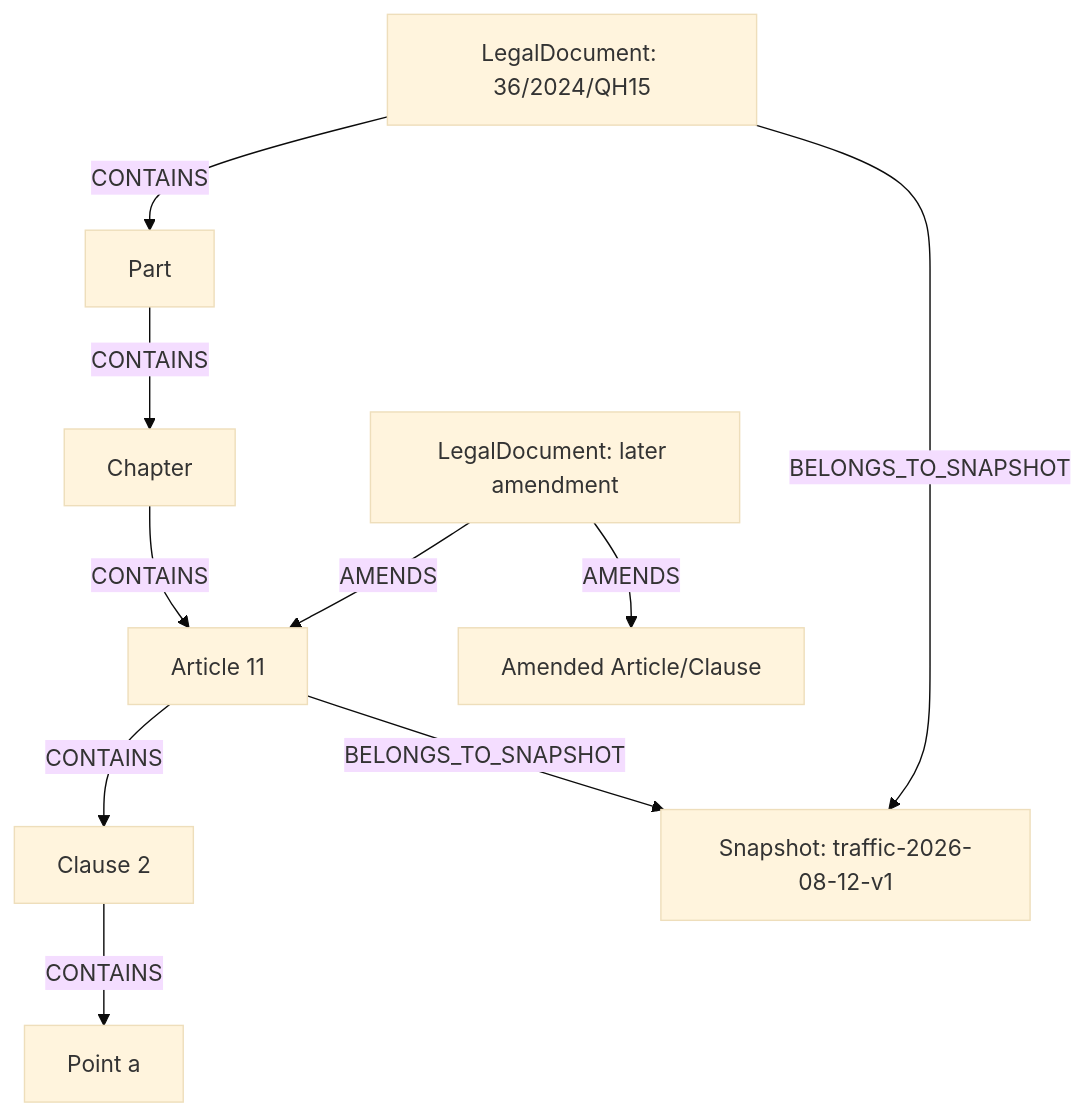
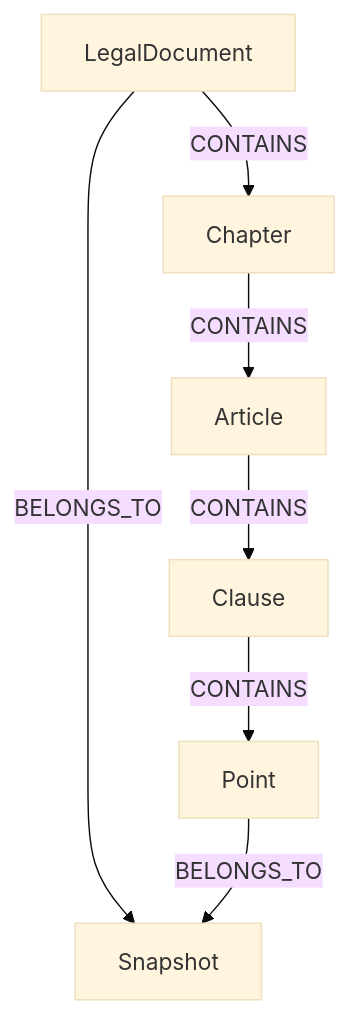
The diagram in docs/04-knowledge-graph-model.md (hungle123-dev/vietnamese-traffic-law-rag), drawn with Mermaid (base theme) before and after one commit. The commit also changed other lines of this file and 44 other files, not shown here.

Commit message:
docs: finalize traffic law GraphRAG blueprint

````diff
--- a/docs/04-knowledge-graph-model.md
+++ b/docs/04-knowledge-graph-model.md
@@ -83,22 +70,16 @@
 ```mermaid
 graph TD
-    D1[LegalDocument: 36/2024/QH15]
-    P1[Part]
-    C1[Chapter]
-    A1[Article 11]
-    K1[Clause 2]
-    I1[Point a]
-    D2[LegalDocument: later amendment]
-    A2[Amended Article/Clause]
-    S[Snapshot: traffic-2026-08-12-v1]
+    D[LegalDocument]
+    C[Chapter]
+    A[Article]
+    K[Clause]
+    P[Point]
+    S[Snapshot]
 
-    D1 -->|CONTAINS| P1
-    P1 -->|CONTAINS| C1
-    C1 -->|CONTAINS| A1
-    A1 -->|CONTAINS| K1
-    K1 -->|CONTAINS| I1
-    D2 -->|AMENDS| A1
-    D2 -->|AMENDS| A2
-    D1 -->|BELONGS_TO_SNAPSHOT| S
-    A1 -->|BELONGS_TO_SNAPSHOT| S
+    D -->|CONTAINS| C
+    C -->|CONTAINS| A
+    A -->|CONTAINS| K
+    K -->|CONTAINS| P
+    D -->|BELONGS_TO| S
+    P -->|BELONGS_TO| S
 ```
````
